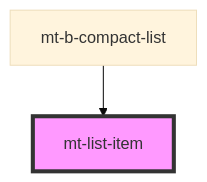
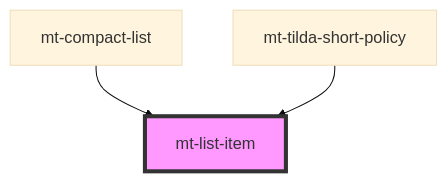
Before and after one commit to elpupi/stencil: the diagram in src/components/list/compact-list/list-item/readme.md, drawn with Mermaid (base theme). The commit also changed other lines of this file and 70 other files, not shown here.

````diff
--- a/src/components/list/compact-list/list-item/readme.md
+++ b/src/components/list/compact-list/list-item/readme.md
@@ -15,5 +24,6 @@
 ```mermaid
 graph TD;
-  mt-b-compact-list --> mt-list-item
+  mt-compact-list --> mt-list-item
+  mt-tilda-short-policy --> mt-list-item
   style mt-list-item fill:#f9f,stroke:#333,stroke-width:4px
 ```
````
